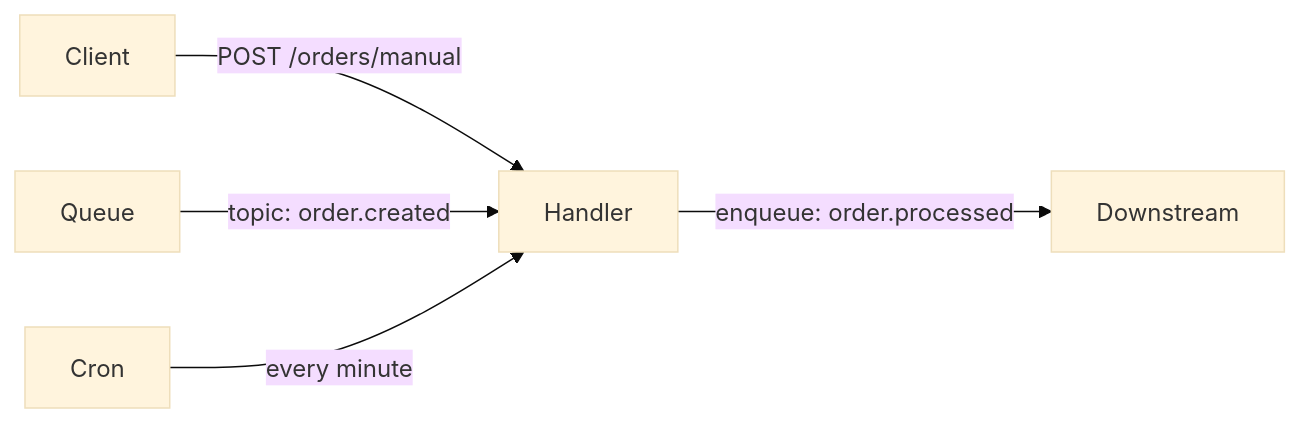
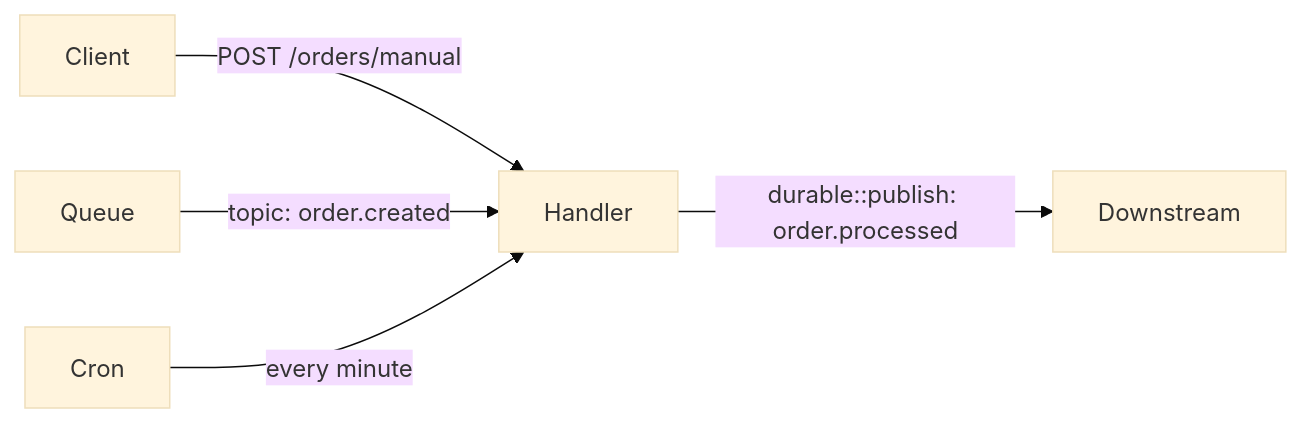
One commit to iii-hq/iii changed the diagram in docs/examples/multi-trigger.mdx. Above: the diagram before and after it, drawn with Mermaid (base theme). The commit also changed other lines of this file and 7 other files, not shown here.

First line of the commit message:
refactor: update references from enqueue to durable::publish across documentation

````diff
--- a/docs/examples/multi-trigger.mdx
+++ b/docs/examples/multi-trigger.mdx
@@ -8,7 +8,7 @@
 ```mermaid
 graph LR
     Client -->|"POST /orders/manual"| Handler
     Queue -->|"topic: order.created"| Handler
     Cron -->|"every minute"| Handler
-    Handler -->|"enqueue: order.processed"| Downstream
+    Handler -->|"durable::publish: order.processed"| Downstream
 ```
````
